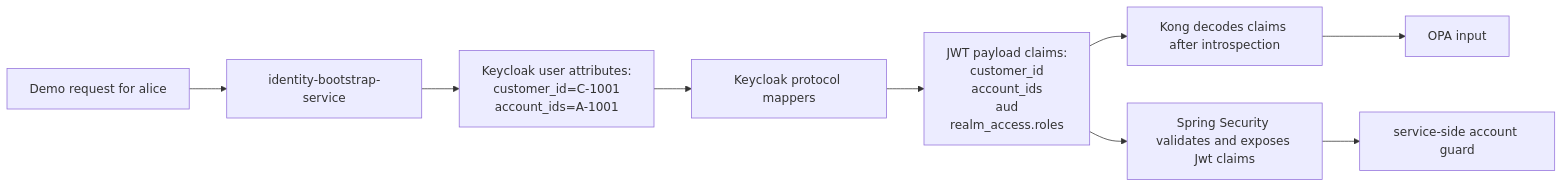
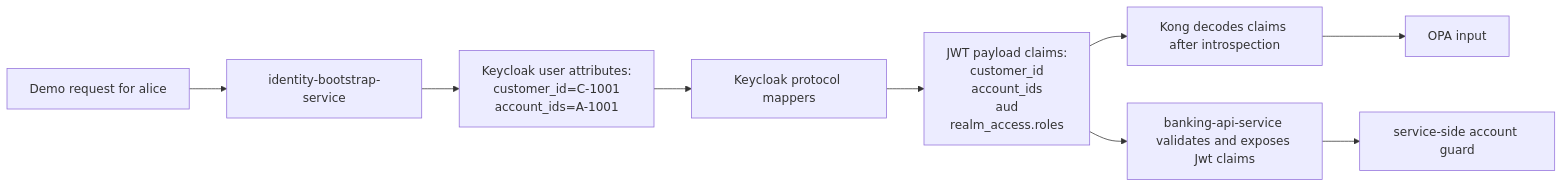
The fourth of 5 diagrams in docs/14-request-response-reference.md (geekchow/micro-service-auth), drawn with Mermaid before and after one commit. The commit also changed other lines of this file, not shown here.

````diff
--- a/docs/14-request-response-reference.md
+++ b/docs/14-request-response-reference.md
@@ -985,17 +734,17 @@
 ```mermaid
 flowchart LR
     A[Demo request for alice] --> B[identity-bootstrap-service]
     B --> C[Keycloak user attributes:
 customer_id=C-1001
 account_ids=A-1001]
     C --> D[Keycloak protocol mappers]
     D --> E[JWT payload claims:
 customer_id
 account_ids
 aud
 realm_access.roles]
     E --> F[Kong decodes claims after introspection]
-    E --> G[Spring Security validates and exposes Jwt claims]
+    E --> G[banking-api-service validates and exposes Jwt claims]
     F --> H[OPA input]
     G --> I[service-side account guard]
 ```
````
